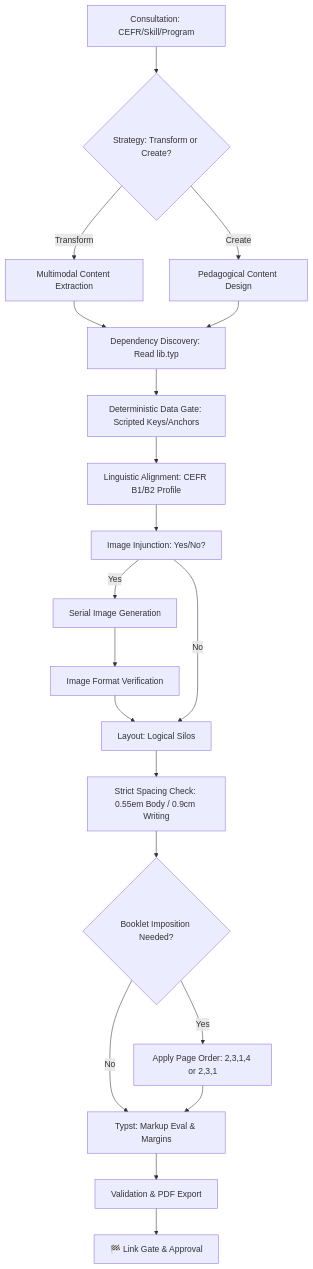
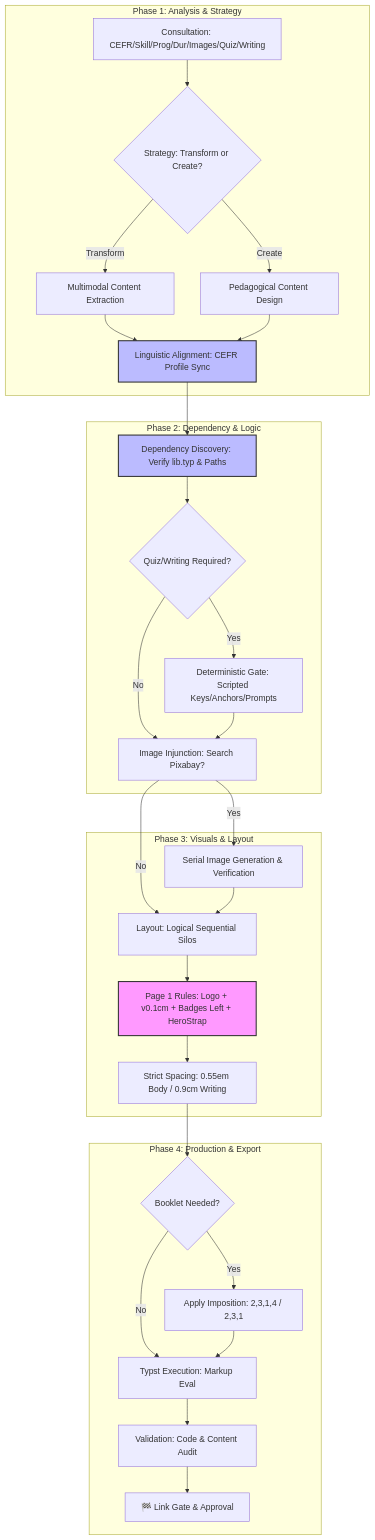
One commit to elwrush/lesson-plan-agent changed the diagram in skills/producing-educational-materials/SKILL.md. Above: the diagram before and after it, drawn with Mermaid. The commit also changed other lines of this file and 210 other files, not shown here.

````diff
--- a/skills/producing-educational-materials/SKILL.md
+++ b/skills/producing-educational-materials/SKILL.md
@@ -15,21 +12,38 @@
 ```mermaid
 graph TD
-    A[Consultation: CEFR/Skill/Program] --> B{Strategy: Transform or Create?}
-    B -->|Transform| C[Multimodal Content Extraction]
-    B -->|Create| D[Pedagogical Content Design]
-    C & D --> DP[Dependency Discovery: Read lib.typ]
-    DP --> DG[Deterministic Data Gate: Scripted Keys/Anchors]
-    DG --> LP[Linguistic Alignment: CEFR B1/B2 Profile]
-    LP --> E[Image Injunction: Yes/No?]
-    E -->|Yes| F[Serial Image Generation]
-    F --> IV[Image Format Verification]
-    IV --> G[Layout: Logical Silos]
-    E -->|No| G
-    G --> SP[Strict Spacing Check: 0.55em Body / 0.9cm Writing]
-    SP --> BI{Booklet Imposition Needed?}
-    BI -->|Yes| BO[Apply Page Order: 2,3,1,4 or 2,3,1]
-    BI -->|No| H
-    BO --> H[Typst: Markup Eval & Margins]
-    H --> I[Validation & PDF Export]
-    I --> J[🏁 Link Gate & Approval]
+    subgraph "Phase 1: Analysis & Strategy"
+        A[Consultation: CEFR/Skill/Prog/Dur/Images/Quiz/Writing] --> B{Strategy: Transform or Create?}
+        B -->|Transform| C[Multimodal Content Extraction]
+        B -->|Create| D[Pedagogical Content Design]
+        C & D --> LP[Linguistic Alignment: CEFR Profile Sync]
+    end
+
+    subgraph "Phase 2: Dependency & Logic"
+        LP --> DP[Dependency Discovery: Verify lib.typ & Paths]
+        DP --> DG{Quiz/Writing Required?}
+        DG -->|Yes| DK[Deterministic Gate: Scripted Keys/Anchors/Prompts]
+        DG -->|No| IM
+        DK --> IM
+    end
+
+    subgraph "Phase 3: Visuals & Layout"
+        IM[Image Injunction: Search Pixabay?] -->|Yes| SIG[Serial Image Generation & Verification]
+        IM -->|No| LOG
+        SIG --> LOG[Layout: Logical Sequential Silos]
+        LOG --> PH[Page 1 Rules: Logo + v0.1cm + Badges Left + HeroStrap]
+        PH --> SP[Strict Spacing: 0.55em Body / 0.9cm Writing]
+    end
+
+    subgraph "Phase 4: Production & Export"
+        SP --> BI{Booklet Needed?}
+        BI -->|Yes| BO[Apply Imposition: 2,3,1,4 / 2,3,1]
+        BI -->|No| TE[Typst Execution: Markup Eval]
+        BO --> TE
+        TE --> VAL[Validation: Code & Content Audit]
+        VAL --> LG[🏁 Link Gate & Approval]
+    end
+
+    style PH fill:#f9f,stroke:#333,stroke-width:2px
+    style LP fill:#bbf,stroke:#333,stroke-width:2px
+    style DP fill:#bbf,stroke:#333,stroke-width:2px
 ```
````
